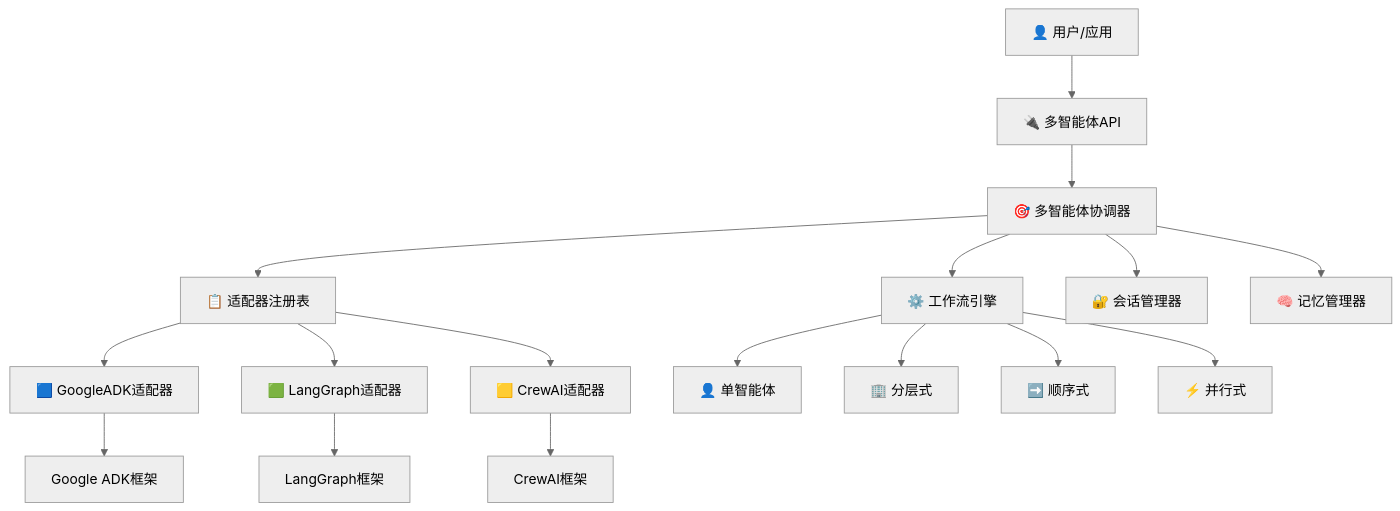
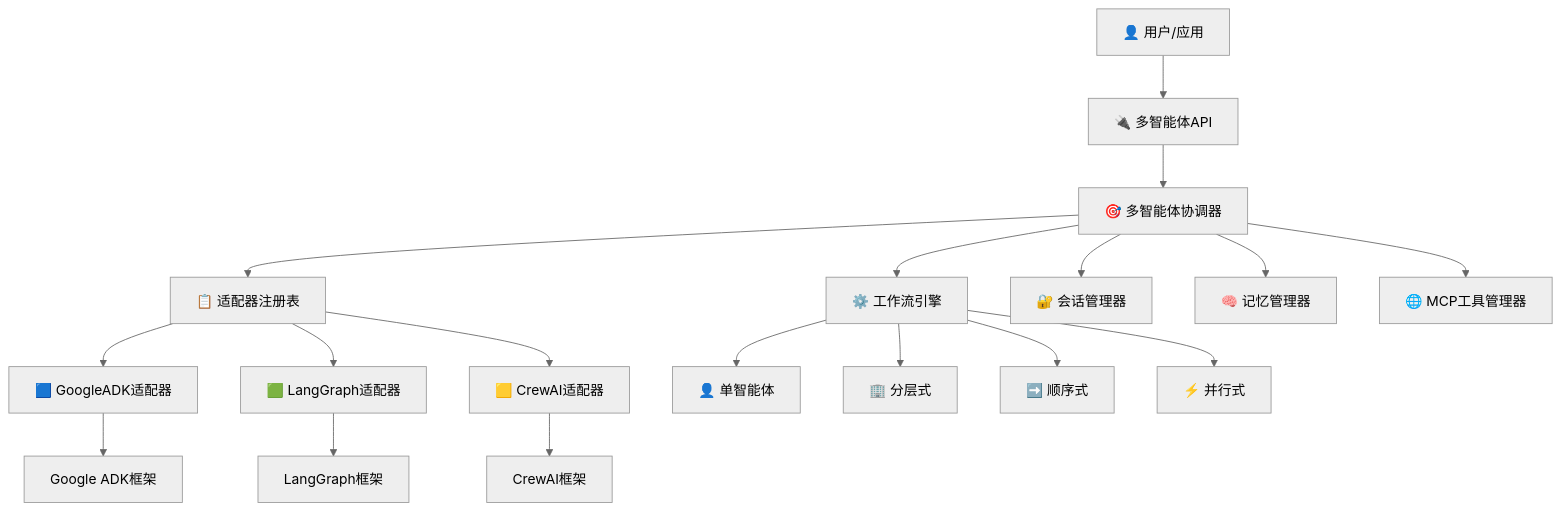
Before and after one commit to tgoai/tgo-agents-sdk: the diagram in README_CN.md, drawn with Mermaid (neutral theme). The commit also changed other lines of this file and 29 other files, not shown here.

````diff
--- a/README_CN.md
+++ b/README_CN.md
@@ -18,28 +19,29 @@
 ```mermaid
 graph TB
     %% 用户层
     User[👤 用户/应用] --> API[🔌 多智能体API]
     
     %% 核心协调层
     API --> Coordinator[🎯 多智能体协调器]
     Coordinator --> Registry[📋 适配器注册表]
     Coordinator --> WorkflowEngine[⚙️ 工作流引擎]
     Coordinator --> SessionMgr[🔐 会话管理器]
     Coordinator --> MemoryMgr[🧠 记忆管理器]
+    Coordinator --> MCPMgr[🌐 MCP工具管理器]
     
     %% 框架适配器层
     Registry --> GoogleADK[🟦 GoogleADK适配器]
     Registry --> LangGraph[🟩 LangGraph适配器]
     Registry --> CrewAI[🟨 CrewAI适配器]
     
     %% AI框架
     GoogleADK --> GoogleSDK[Google ADK框架]
     LangGraph --> LangGraphSDK[LangGraph框架]
     CrewAI --> CrewAISDK[CrewAI框架]
     
     %% 工作流类型
     WorkflowEngine --> Single[👤 单智能体]
     WorkflowEngine --> Hierarchical[🏢 分层式]
     WorkflowEngine --> Sequential[➡️ 顺序式]
     WorkflowEngine --> Parallel[⚡ 并行式]
 ```
````
